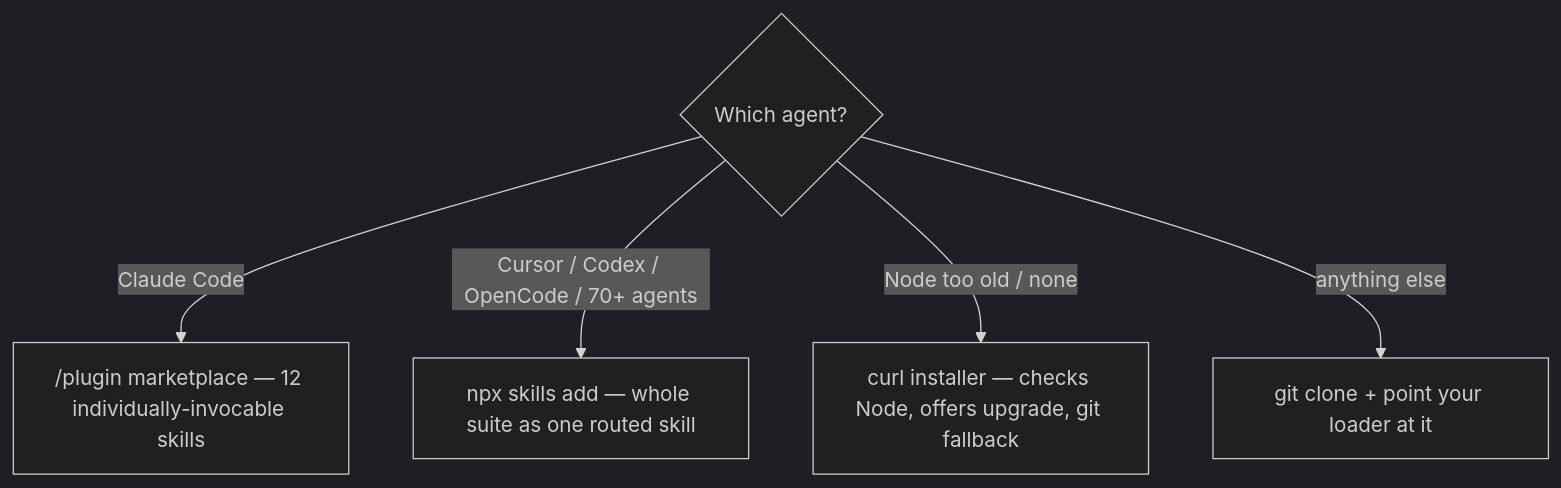
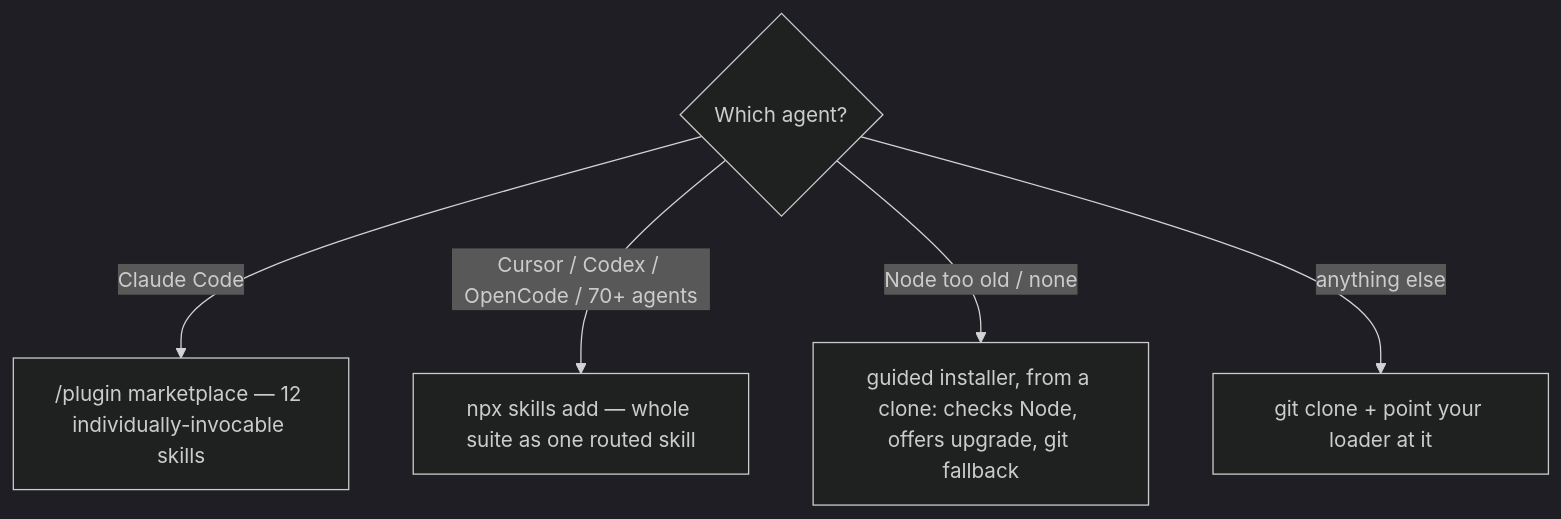
Before and after one commit to saleh-alhaddad/itqan-engineering: the diagram in docs/02-installation.md, drawn with Mermaid (dark theme). The commit also changed other lines of this file and 6 other files, not shown here.

Commit message:
Release v0.0.8: run the installer from a clone, never from a URL

````diff
--- a/docs/02-installation.md
+++ b/docs/02-installation.md
@@ -7,7 +7,7 @@
 ```mermaid
 flowchart TD
     S{Which agent?} -->|"Claude Code"| CC["/plugin marketplace — 12 individually-invocable skills"]
     S -->|"Cursor / Codex / OpenCode / 70+ agents"| NPX["npx skills add — whole suite as one routed skill"]
-    S -->|"Node too old / none"| CURL["curl installer — checks Node, offers upgrade, git fallback"]
+    S -->|"Node too old / none"| CURL["guided installer, from a clone: checks Node, offers upgrade, git fallback"]
     S -->|"anything else"| GIT["git clone + point your loader at it"]
 ```
````
